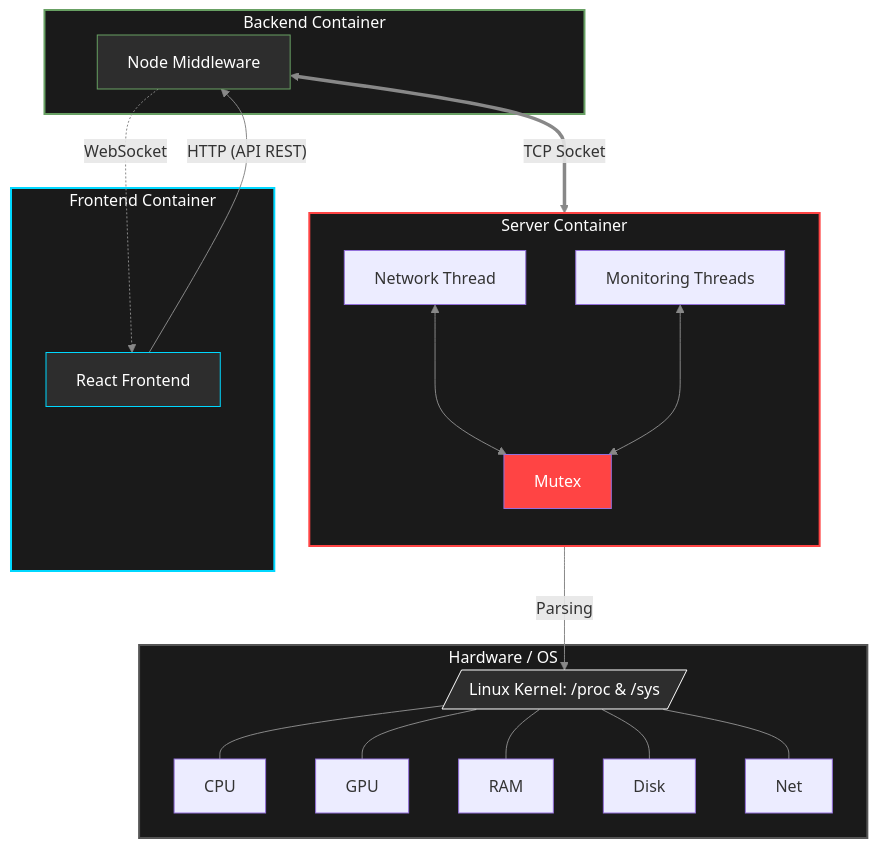
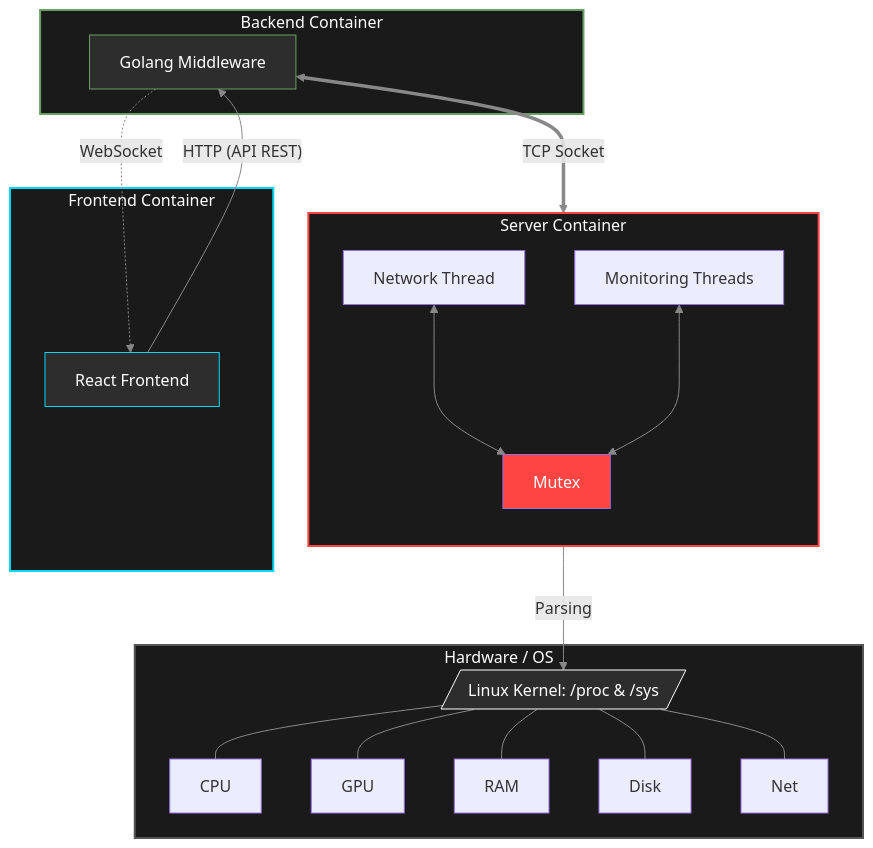
One commit to LucasM4r/RT-TELEMETRY-DASHBOARD changed the diagram in README.md. Above: the diagram before and after it, drawn with Mermaid.

Commit message:
docs: changed to Go middleware

````diff
--- a/README.md
+++ b/README.md
@@ -3,52 +3,52 @@
 ```mermaid
 %%{init: {'themeVariables': { 'lineColor': '#888'}}}%%
 graph TD
     subgraph Hardware [Hardware / OS]
         Kernel[/Linux Kernel: /proc & /sys/]
         CPU
         GPU
         RAM
         Disk
         Net
         %% Conexão interna do Hardware
         Kernel --- CPU
         Kernel --- GPU
         Kernel --- RAM
         Kernel --- Disk
         Kernel --- Net
     end
 
     subgraph C_Server [Server Container]
         direction TB
         NetThread[Network Thread]
         Mutex[Mutex]
         MonThreads[Monitoring Threads]
         
         NetThread <---> Mutex
         MonThreads <---> Mutex
     end
 
     subgraph Backend [Backend Container]
-        Node[Node Middleware]
+        Go[Golang Middleware]
     end
 
     subgraph Client [Frontend Container]
         React[React Frontend]
     end
 
     %% Conexões Externas
     MonThreads -- "Parsing" --> Kernel
-    React -- "HTTP (API REST)" --> Node
-    Node -. "WebSocket" .-> React
-    Node <== "TCP Socket" ==> NetThread
+    React -- "HTTP (API REST)" --> Go
+    Go -. "WebSocket" .-> React
+    Go <== "TCP Socket" ==> NetThread
 
     %% Estilização de Contêineres
     style Hardware fill:#1a1a1a,stroke:#555,stroke-width:2px,color:#fff
     style Kernel fill:#2d2d2d,stroke:#fff,color:#fff
     style C_Server fill:#1a1a1a,stroke:#ff4444,stroke-width:2px,color:#fff
     style Mutex fill:#ff4444,color:#fff
     style Backend fill:#1a1a1a,stroke:#68a063,stroke-width:2px,color:#fff
-    style Node fill:#2d2d2d,stroke:#68a063,color:#fff
+    style Go fill:#2d2d2d,stroke:#68a063,color:#fff
     style Client fill:#1a1a1a,stroke:#00d8ff,stroke-width:2px,color:#fff
     style React fill:#2d2d2d,stroke:#00d8ff,color:#fff
 ```
````
